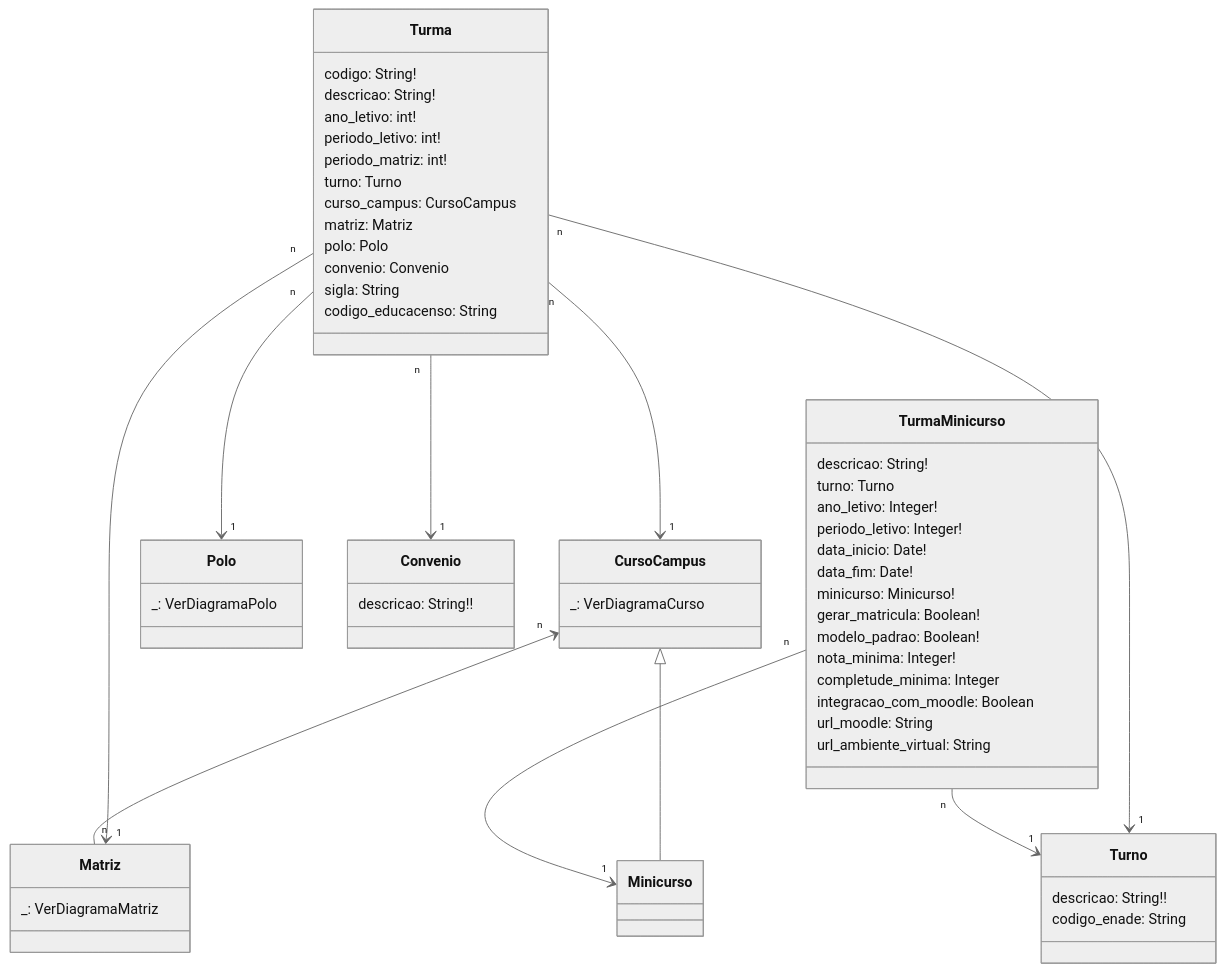
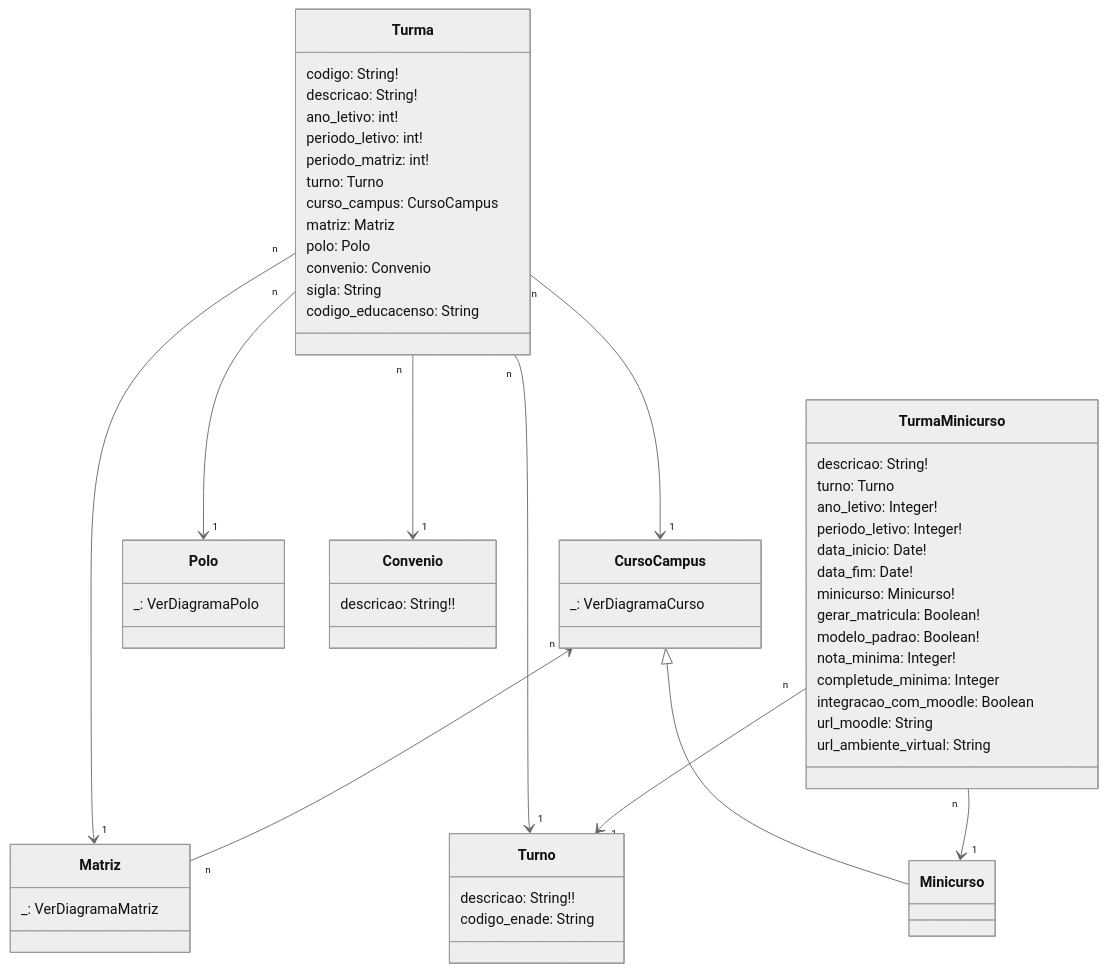
One commit to cte-zl-ifrn/cte-zl-ifrn.github.io changed the diagram in suap/modelo_edu_turma.md. Above: the diagram before and after it, drawn with Mermaid (neutral theme). The commit also changed other lines of this file, not shown here.

Commit message:
diagrama de turma

````diff
--- a/suap/modelo_edu_turma.md
+++ b/suap/modelo_edu_turma.md
@@ -5,67 +5,67 @@
 ```mermaid
 classDiagram
     class Turma{
         codigo: String!
         descricao: String!
         ano_letivo: int!
         periodo_letivo: int!
         periodo_matriz: int!
         turno: Turno
         curso_campus: CursoCampus
         matriz: Matriz
         polo: Polo
         convenio: Convenio
         sigla: String
         codigo_educacenso: String
     }
 
     class Turno{
         descricao: String!!
         codigo_enade: String
     }
     class CursoCampus {
         _: VerDiagramaCurso
     }
     class Matriz {
         _: VerDiagramaMatriz
     }
     class Polo {
         _: VerDiagramaPolo
     }
     class Convenio{
         descricao: String!!
     }
 
     class Minicurso {
     }
     class TurmaMinicurso{
         descricao: String!
         turno: Turno
         ano_letivo: Integer!
         periodo_letivo: Integer!
         data_inicio: Date!
         data_fim: Date!
         minicurso: Minicurso!
         gerar_matricula: Boolean!
         modelo_padrao: Boolean!
         nota_minima: Integer!
         completude_minima: Integer
         integracao_com_moodle: Boolean
         url_moodle: String
         url_ambiente_virtual: String
     }
 
+    Turma "n" --> "1" Polo
+    Turma  "n" --> "1" Convenio
     Turma  "n" --> "1" CursoCampus
     Turma "n" --> "1" Matriz
-    Turma "n" --> "1" Polo
-    Turma  "n" --> "1" Convenio
     Turma "n" --> "1" Turno
 
     CursoCampus <|-- Minicurso
     CursoCampus "n" <-- "n "Matriz
 
     TurmaMinicurso "n" --> "1" Turno
     TurmaMinicurso "n" --> "1" Minicurso
 
 
 ```
````
